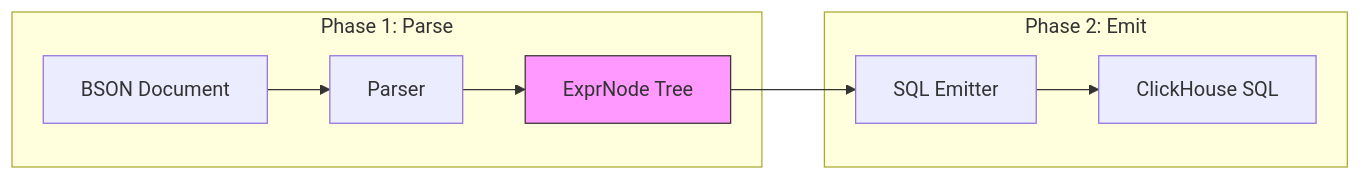
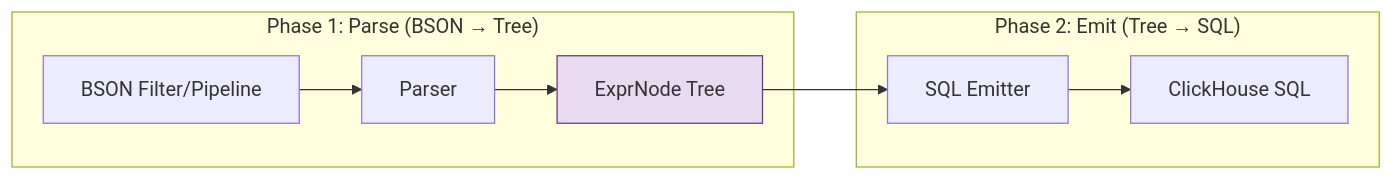
One commit to mrityunjaysharma/mongo-flux changed the third of 14 diagrams in docs/design.md. Above: the diagram before and after it, drawn with Mermaid. The commit also changed other lines of this file and 1 other file, not shown here.

````diff
--- a/docs/design.md
+++ b/docs/design.md
@@ -91,14 +108,14 @@
 ```mermaid
 graph LR
-    subgraph Phase 1: Parse
-        BSON[BSON Document] --> PARSER[Parser]
+    subgraph "Phase 1: Parse (BSON → Tree)"
+        BSON[BSON Filter/Pipeline] --> PARSER[Parser]
         PARSER --> AST[ExprNode Tree]
     end
 
-    subgraph Phase 2: Emit
+    subgraph "Phase 2: Emit (Tree → SQL)"
         AST --> EMITTER[SQL Emitter]
         EMITTER --> SQL[ClickHouse SQL]
     end
 
-    style AST fill:#f9f,stroke:#333
+    style AST fill:#e8daef,stroke:#6c3483
 ```
````
